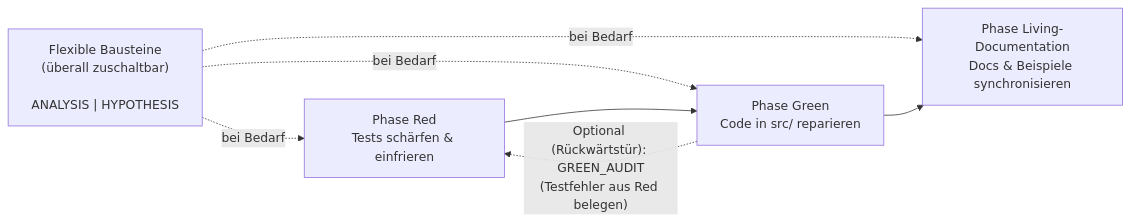
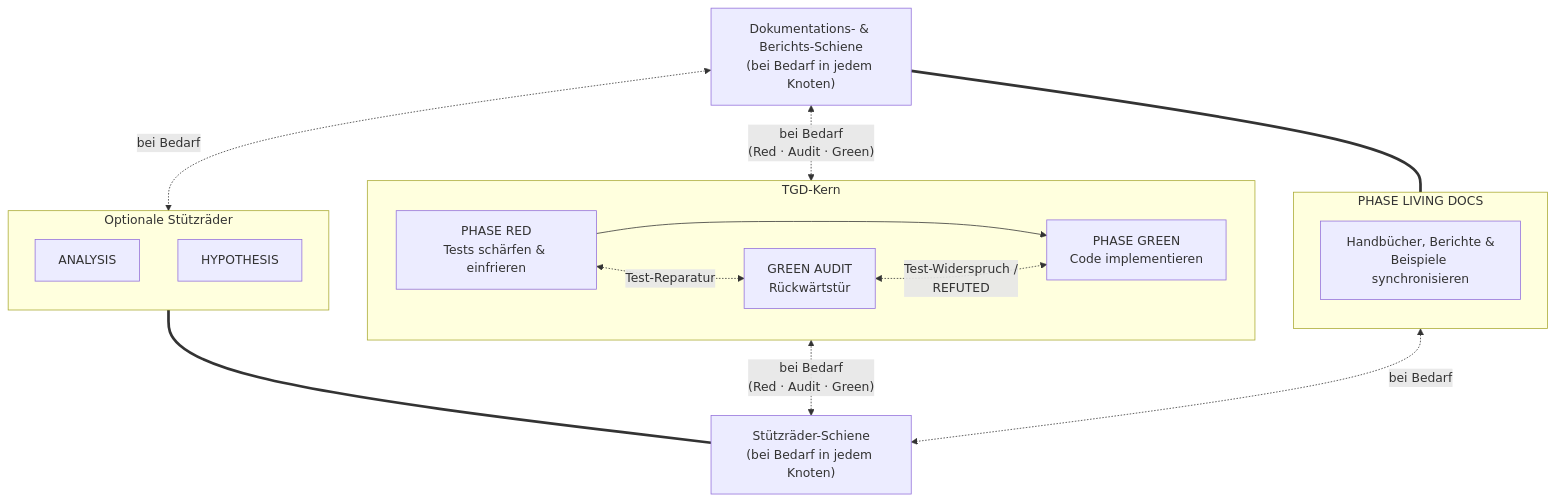
One commit to Chronuid/qb-cubie changed the diagram in docs/GUIDE_TGD.md. Above: the diagram before and after it, drawn with Mermaid. The commit also changed other lines of this file and 1 other file, not shown here.

Commit message:
... slowly but surely - developing the series of TGD-Guides, part 2 ...

````diff
--- a/docs/GUIDE_TGD.md
+++ b/docs/GUIDE_TGD.md
@@ -38,10 +42,31 @@
 ```mermaid
-flowchart LR
-    Opt["Flexible Bausteine \n(überall zuschaltbar)\n<br/>ANALYSIS | HYPOTHESIS"] -. "bei Bedarf" .-> Red
-    Opt -. "bei Bedarf" .-> Green
-    Opt -. "bei Bedarf" .-> Docs
+flowchart TB
+    TopBus["Dokumentations- & Berichts-Schiene<br/>(bei Bedarf in jedem Knoten)"]
+    BotBus["Stützräder-Schiene<br/>(bei Bedarf in jedem Knoten)"]
 
-    Red["Phase Red<br/>Tests schärfen & einfrieren"] --> Green["Phase Green<br/>Code in src/ reparieren"]
-    Green --> Docs["Phase Living-Documentation<br/>Docs & Beispiele synchronisieren"]
-    Green -. "Optional (Rückwärtstür): GREEN_AUDIT<br/>(Testfehler aus Red belegen)" .-> Red
+    subgraph Stuetz["Optionale Stützräder"]
+        direction TB
+        A["ANALYSIS"]
+        H["HYPOTHESIS"]
+    end
+
+    subgraph Kern["TGD-Kern"]
+        direction LR
+        Red["PHASE RED<br/>Tests schärfen & einfrieren"] --> Green["PHASE GREEN<br/>Code implementieren"]
+        Red <-.->|"Test-Reparatur"| Audit["GREEN AUDIT<br/>Rückwärtstür"]
+        Audit <-.->|"Test-Widerspruch /<br/>REFUTED"| Green
+    end
+
+    subgraph Living["PHASE LIVING DOCS"]
+        direction TB
+        Docs["Handbücher, Berichte &<br/>Beispiele synchronisieren"]
+    end
+
+    TopBus <-.->|"bei Bedarf"| Stuetz
+    TopBus <-.->|"bei Bedarf<br/>(Red · Audit · Green)"| Kern
+    TopBus === Living
+
+    Stuetz === BotBus
+    Kern <-.->|"bei Bedarf<br/>(Red · Audit · Green)"| BotBus
+    Living <-.->|"bei Bedarf"| BotBus
 ```
````
